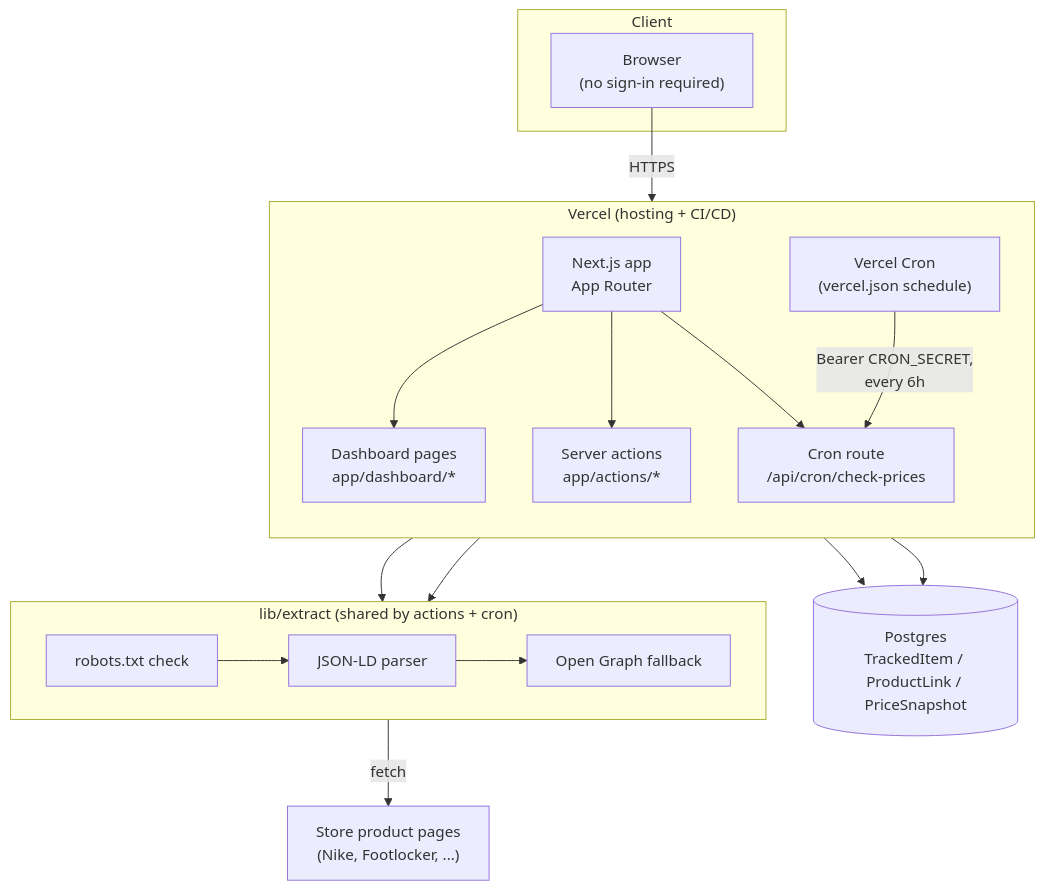
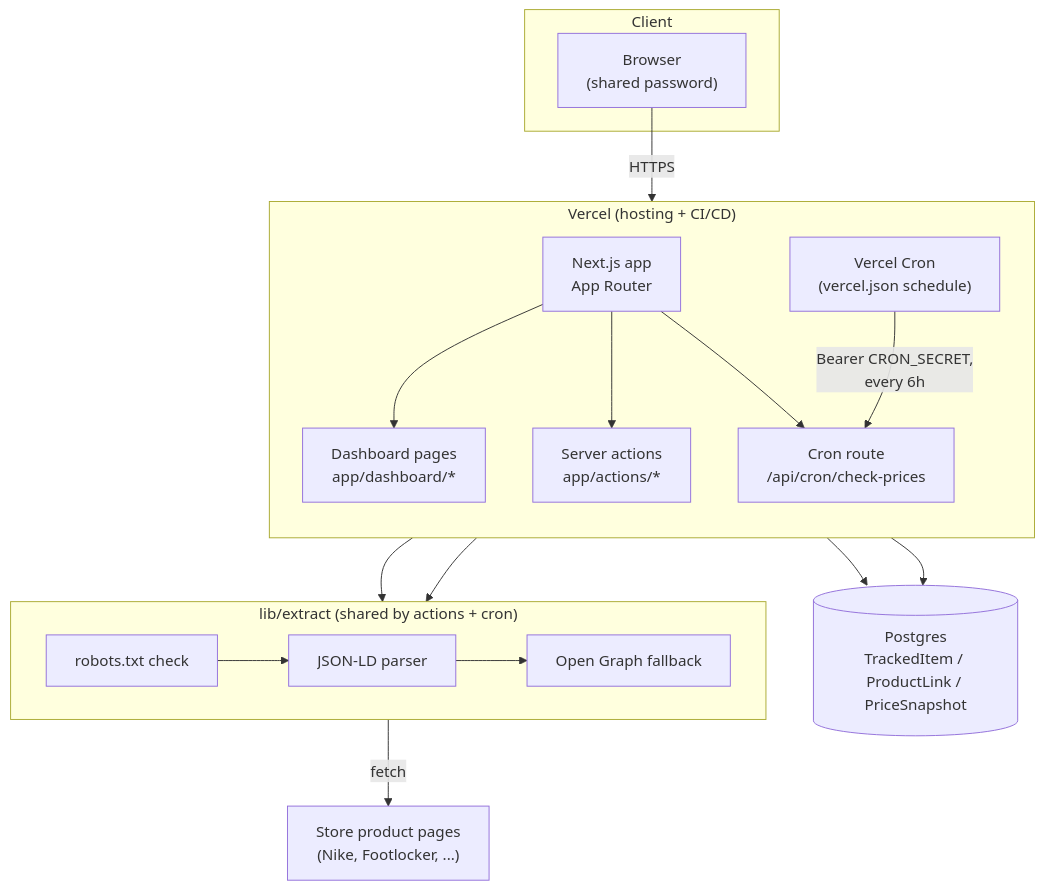
One commit to liranmeir/price-watch changed the second of 4 diagrams in README.md. Above: the diagram before and after it, drawn with Mermaid. The commit also changed other lines of this file and 11 other files, not shown here.

````diff
--- a/README.md
+++ b/README.md
@@ -72,37 +79,37 @@
 ```mermaid
 flowchart TD
     subgraph Client
-        Browser["Browser<br/>(no sign-in required)"]
+        Browser["Browser<br/>(shared password)"]
     end
 
     subgraph Vercel["Vercel (hosting + CI/CD)"]
         direction TB
         NextApp["Next.js app<br/>App Router"]
         Pages["Dashboard pages<br/>app/dashboard/*"]
         Actions["Server actions<br/>app/actions/*"]
         CronRoute["Cron route<br/>/api/cron/check-prices"]
         CronTrigger["Vercel Cron<br/>(vercel.json schedule)"]
 
         NextApp --> Pages
         NextApp --> Actions
         NextApp --> CronRoute
         CronTrigger -- "Bearer CRON_SECRET,<br/>every 6h" --> CronRoute
     end
 
     subgraph Extract["lib/extract (shared by actions + cron)"]
         Robots["robots.txt check"]
         JsonLd["JSON-LD parser"]
         OG["Open Graph fallback"]
         Robots --> JsonLd --> OG
     end
 
     DB[("Postgres<br/>TrackedItem / ProductLink / PriceSnapshot")]
     Stores["Store product pages<br/>(Nike, Footlocker, ...)"]
 
     Browser -- "HTTPS" --> NextApp
     Pages --> DB
     Actions --> DB
     Actions --> Extract
     CronRoute --> Extract
     Extract -- "fetch" --> Stores
 ```
````
